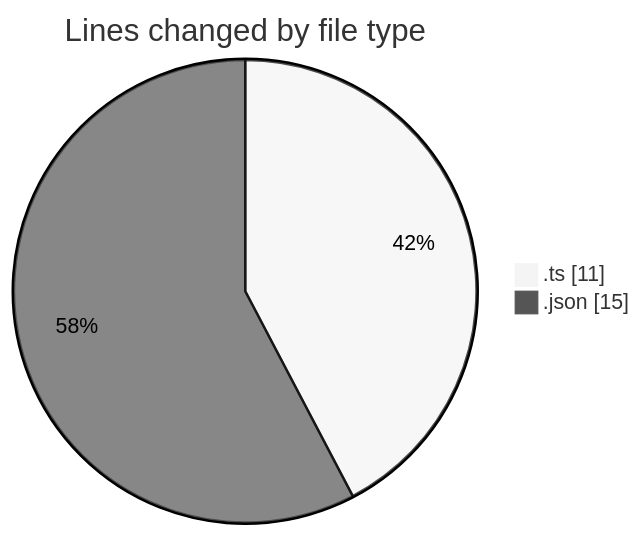
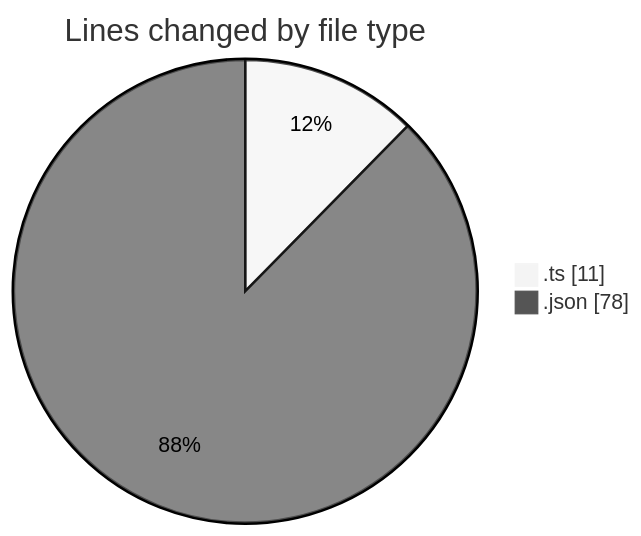
One commit to momahboobian/code-tracking changed the first of 2 diagrams in 2025-02-24/cda/README.md. Above: the diagram before and after it, drawn with Mermaid (neutral theme). The commit also changed other lines of this file and 1 other file, not shown here.

````diff
--- a/2025-02-24/cda/README.md
+++ b/2025-02-24/cda/README.md
@@ -21,6 +24,6 @@
 ```mermaid
 pie showData
 title Lines changed by file type
 ".ts" : 11
-".json" : 15
+".json" : 78
 ```
````
